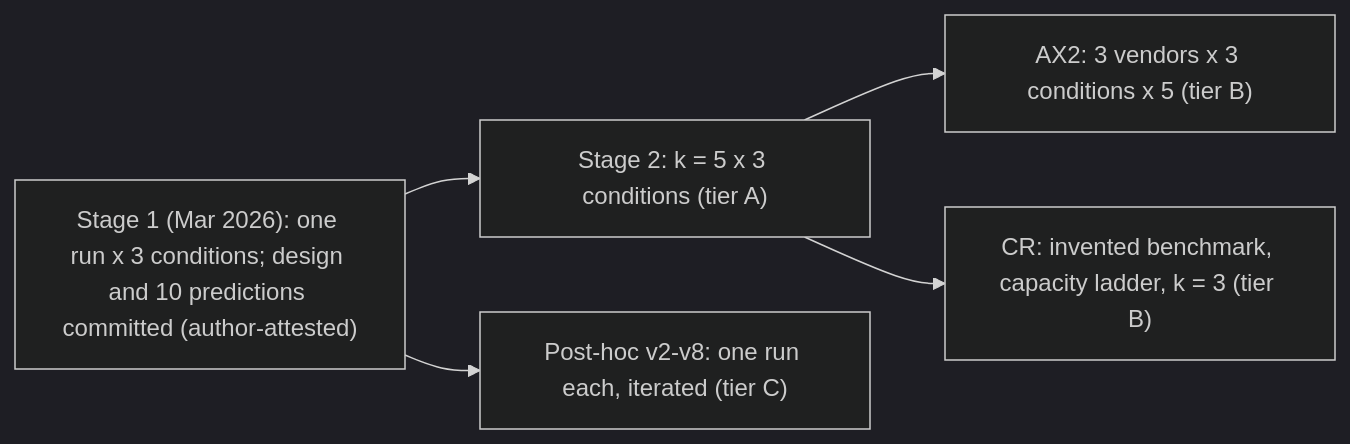
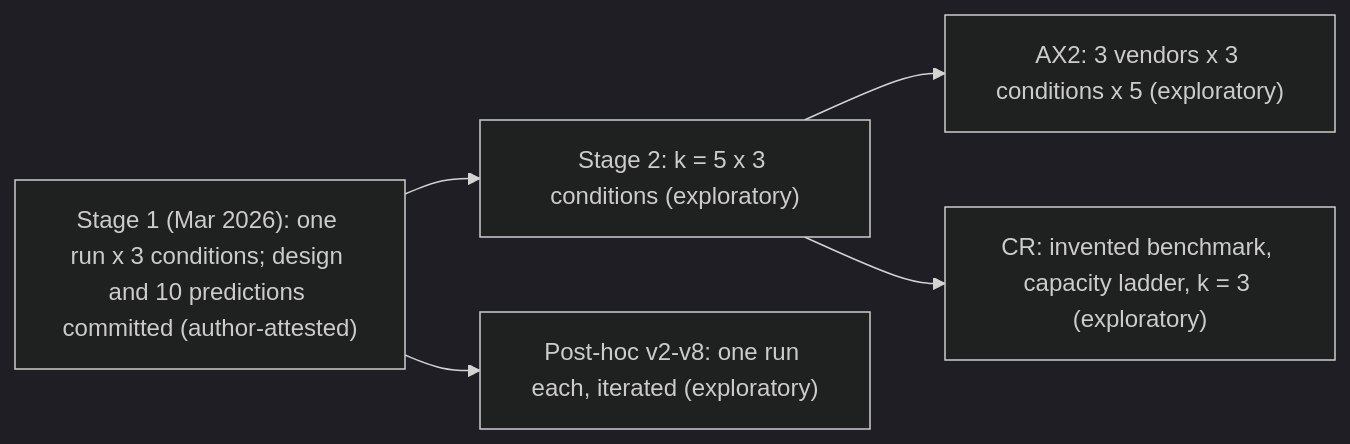
The second of 2 diagrams in docs/white-paper/ieee-access/figures/FIGURES.md (jghiringhelli/generative-specification), drawn with Mermaid (dark theme) before and after one commit. The commit also changed other lines of this file and 10 other files, not shown here.

````diff
--- a/docs/white-paper/ieee-access/figures/FIGURES.md
+++ b/docs/white-paper/ieee-access/figures/FIGURES.md
@@ -27,7 +27,7 @@
 ```mermaid
 flowchart LR
-  S1["Stage 1 (Mar 2026): one run x 3 conditions; design and 10 predictions committed (author-attested)"] --> S2["Stage 2: k = 5 x 3 conditions (tier A)"]
-  S1 --> PH["Post-hoc v2-v8: one run each, iterated (tier C)"]
-  S2 --> X["AX2: 3 vendors x 3 conditions x 5 (tier B)"]
-  S2 --> CR["CR: invented benchmark, capacity ladder, k = 3 (tier B)"]
+  S1["Stage 1 (Mar 2026): one run x 3 conditions; design and 10 predictions committed (author-attested)"] --> S2["Stage 2: k = 5 x 3 conditions (exploratory)"]
+  S1 --> PH["Post-hoc v2-v8: one run each, iterated (exploratory)"]
+  S2 --> X["AX2: 3 vendors x 3 conditions x 5 (exploratory)"]
+  S2 --> CR["CR: invented benchmark, capacity ladder, k = 3 (exploratory)"]
 ```
````
